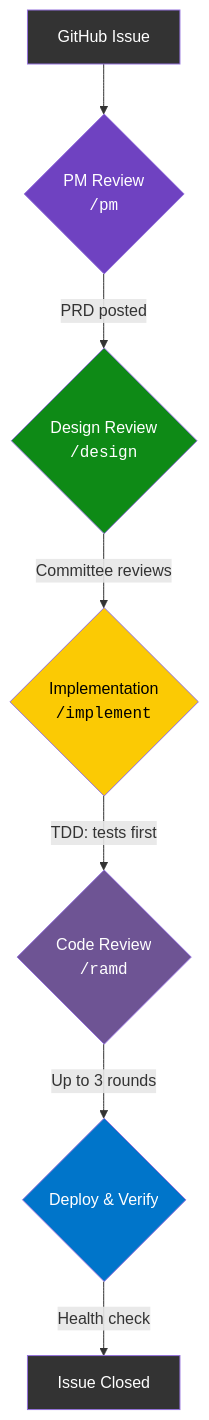
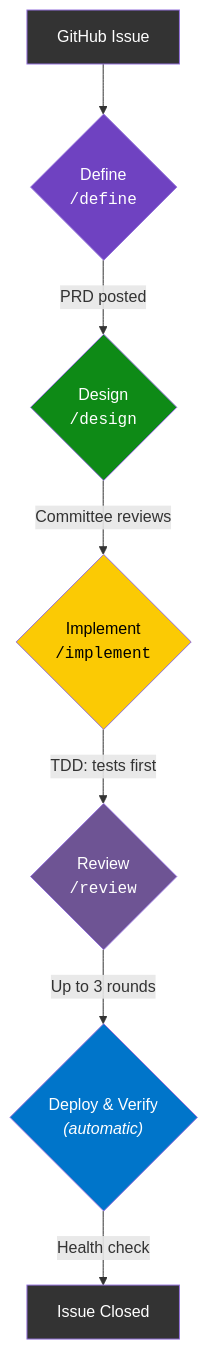
Before and after one commit to suniljames/directives: the third of 4 diagrams in docs/why.md, drawn with Mermaid. The commit also changed other lines of this file and 21 other files, not shown here.

````diff
--- a/docs/why.md
+++ b/docs/why.md
@@ -97,17 +95,17 @@
 ```mermaid
 graph TD
-    A["GitHub Issue"] --> B{"PM Review<br/><code>/pm</code>"}
-    B -->|"PRD posted"| C{"Design Review<br/><code>/design</code>"}
-    C -->|"Committee reviews"| D{"Implementation<br/><code>/implement</code>"}
-    D -->|"TDD: tests first"| E{"Code Review<br/><code>/ramd</code>"}
-    E -->|"Up to 3 rounds"| F{"Deploy & Verify"}
+    A["GitHub Issue"] --> B{"Define<br/><code>/define</code>"}
+    B -->|"PRD posted"| C{"Design<br/><code>/design</code>"}
+    C -->|"Committee reviews"| D{"Implement<br/><code>/implement</code>"}
+    D -->|"TDD: tests first"| E{"Review<br/><code>/review</code>"}
+    E -->|"Up to 3 rounds"| F{"Deploy & Verify<br/><em>(automatic)</em>"}
     F -->|"Health check"| G["Issue Closed"]
 
     style A fill:#333,color:#fff
     style B fill:#6f42c1,color:#fff
     style C fill:#0e8a16,color:#fff
     style D fill:#fbca04,color:#000
     style E fill:#6e5494,color:#fff
     style F fill:#0075ca,color:#fff
     style G fill:#333,color:#fff
 ```
````
